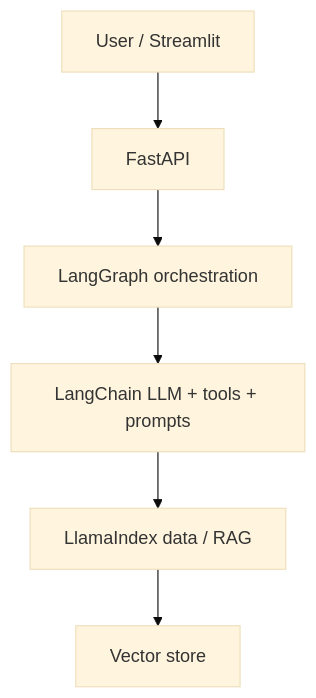
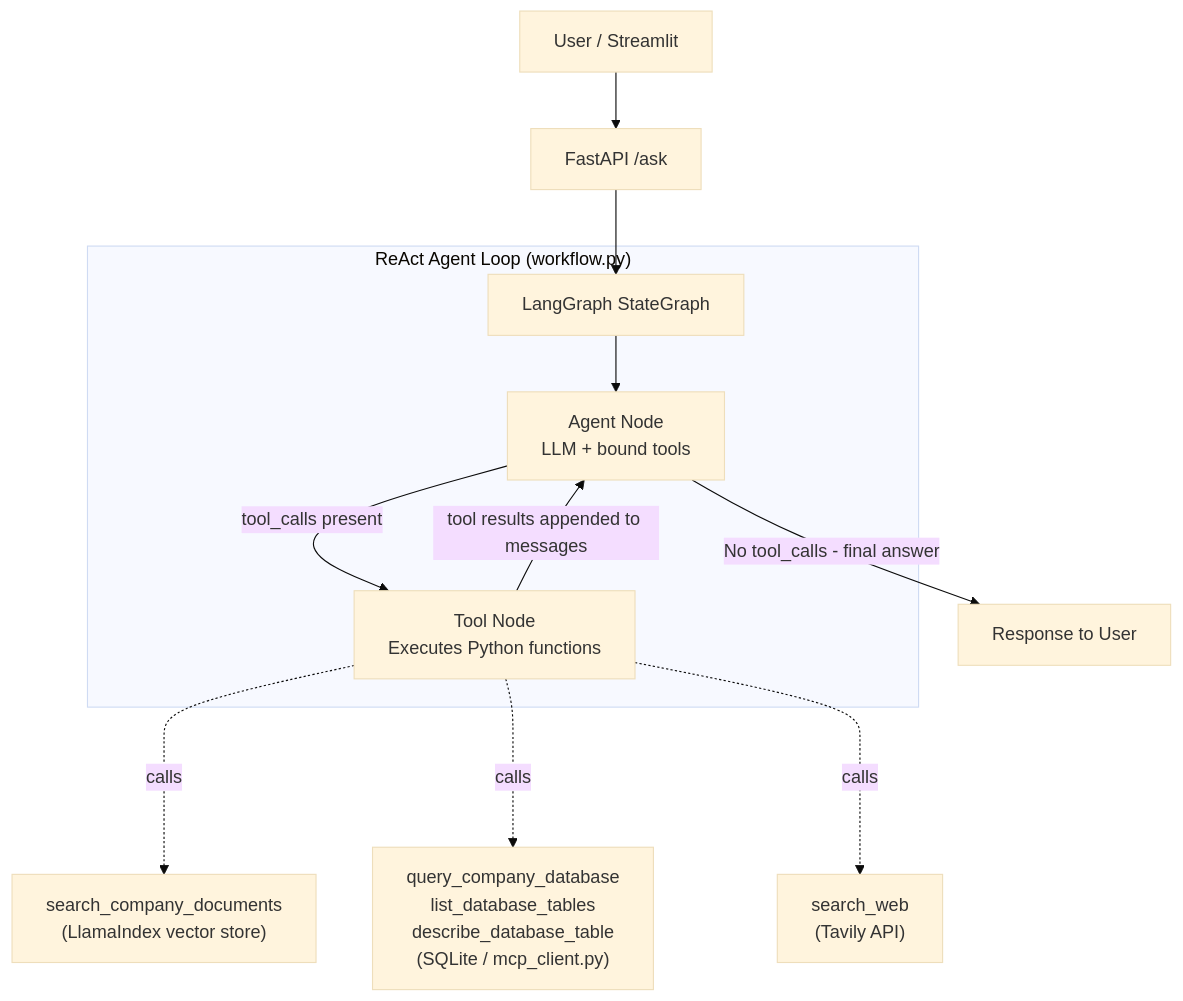
Before and after one commit to Shivam-Narayan/agentic-ai: the diagram in docs/ARCHITECTURE.md, drawn with Mermaid (base theme). The commit also changed other lines of this file and 28 other files, not shown here.

Commit message:
feat: implement LangGraph-based Knowledge Transfer Agent with RAG, MCP-compatible database tools, and multi-LLM support

````diff
--- a/docs/ARCHITECTURE.md
+++ b/docs/ARCHITECTURE.md
@@ -45,8 +13,17 @@
 ```mermaid
 flowchart TD
-    U[User / Streamlit] --> API[FastAPI]
-    API --> LG[LangGraph orchestration]
-    LG --> LC[LangChain LLM + tools + prompts]
-    LC --> LI[LlamaIndex data / RAG]
-    LI --> VS[Vector store]
+    U[User / Streamlit] --> API[FastAPI /ask]
+    API --> LG[LangGraph StateGraph]
+
+    subgraph Agent Loop ["ReAct Agent Loop (workflow.py)"]
+        LG --> AG[Agent Node\nLLM + bound tools]
+        AG -- "tool_calls present" --> TL[Tool Node\nExecutes Python functions]
+        TL -- "tool results appended to messages" --> AG
+    end
+
+    AG -- "No tool_calls - final answer" --> END[Response to User]
+
+    TL -..->|calls| CD["search_company_documents\n(LlamaIndex vector store)"]
+    TL -..->|calls| DB["query_company_database\nlist_database_tables\ndescribe_database_table\n(SQLite / mcp_client.py)"]
+    TL -..->|calls| WEB["search_web\n(Tavily API)"]
 ```
````
